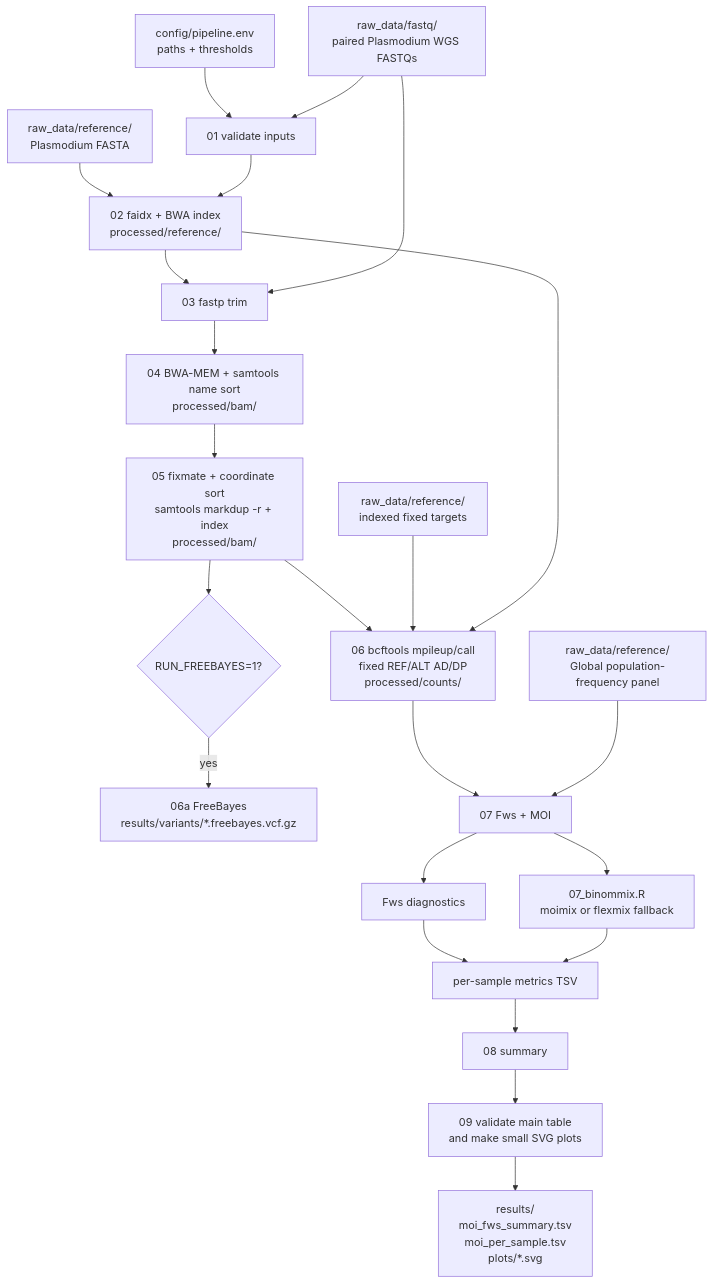
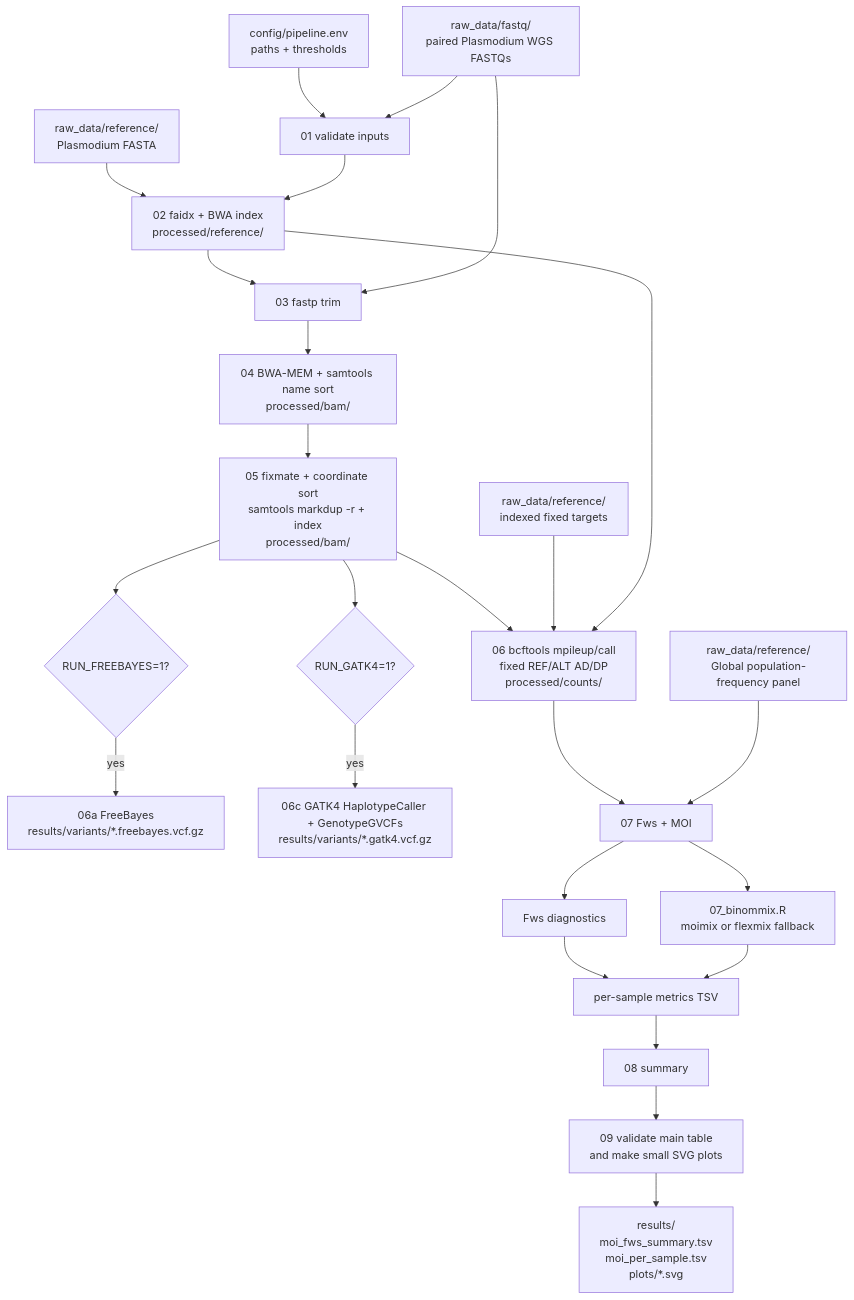
Before and after one commit to JMittelbach/moi_pipeline_wgs: the diagram in README.md, drawn with Mermaid. The commit also changed other lines of this file and 9 other files, not shown here.

````diff
--- a/README.md
+++ b/README.md
@@ -377,25 +418,27 @@
 ```mermaid
 flowchart TD
     CFG[config/pipeline.env<br/>paths + thresholds] --> V[01 validate inputs]
     READS[raw_data/fastq/<br/>paired Plasmodium WGS FASTQs] --> V
     REF[raw_data/reference/<br/>Plasmodium FASTA] --> IDX[02 faidx + BWA index<br/>processed/reference/]
     V --> IDX
     IDX --> TRIM[03 fastp trim]
     READS --> TRIM
     TRIM --> ALIGN[04 BWA-MEM + samtools name sort<br/>processed/bam/]
     ALIGN --> DEDUP[05 fixmate + coordinate sort<br/>samtools markdup -r + index<br/>processed/bam/]
     DEDUP --> FB{RUN_FREEBAYES=1?}
     FB -->|yes| CALL[06a FreeBayes<br/>results/variants/*.freebayes.vcf.gz]
+    DEDUP --> GK{RUN_GATK4=1?}
+    GK -->|yes| GATK[06c GATK4 HaplotypeCaller + GenotypeGVCFs<br/>results/variants/*.gatk4.vcf.gz]
     DEDUP --> COUNTS[06 bcftools mpileup/call<br/>fixed REF/ALT AD/DP<br/>processed/counts/]
     TARGETS[raw_data/reference/<br/>indexed fixed targets] --> COUNTS
     IDX --> COUNTS
     COUNTS --> MET[07 Fws + MOI]
     PANEL[raw_data/reference/<br/>Global population-frequency panel] --> MET
     MET --> FWS[Fws diagnostics]
     MET --> MIX[07_binommix.R<br/>moimix or flexmix fallback]
     FWS --> PER[per-sample metrics TSV]
     MIX --> PER
     PER --> SUMMARY[08 summary]
     SUMMARY --> CHECK[09 validate main table<br/>and make small SVG plots]
     CHECK --> FINAL[results/<br/>moi_fws_summary.tsv<br/>moi_per_sample.tsv<br/>plots/*.svg]
 ```
````
